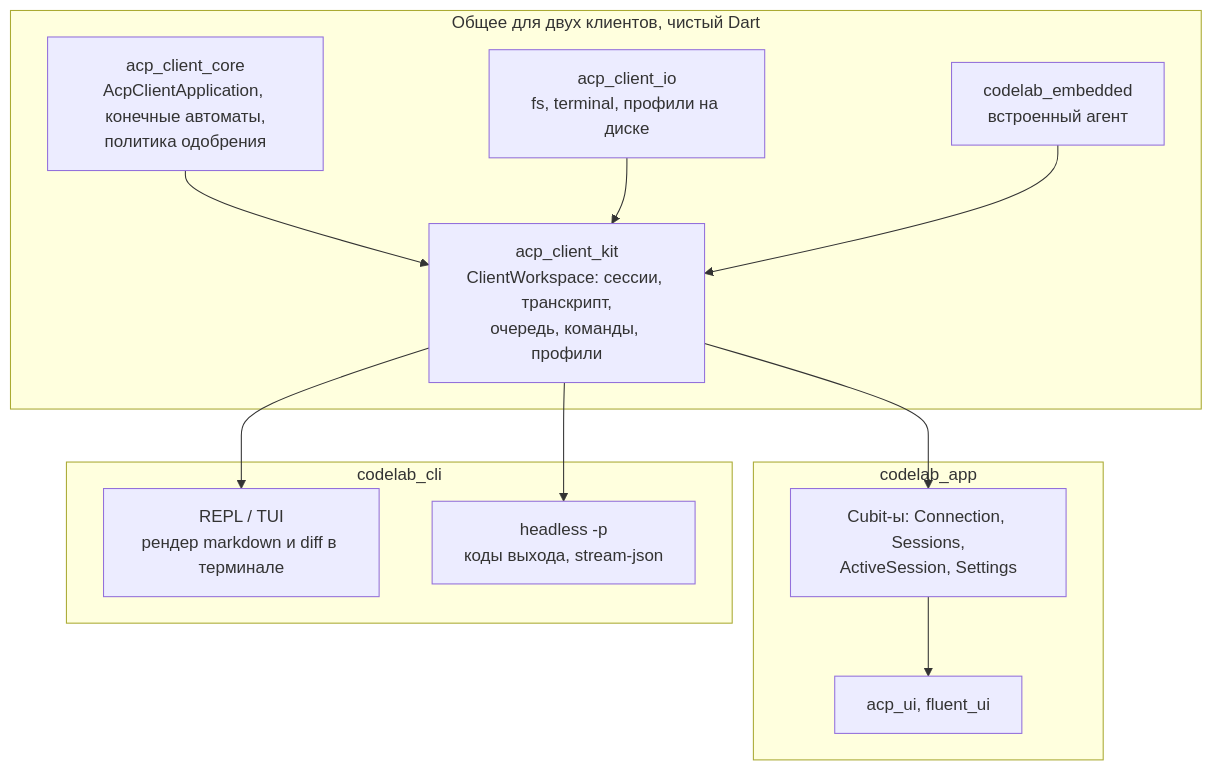
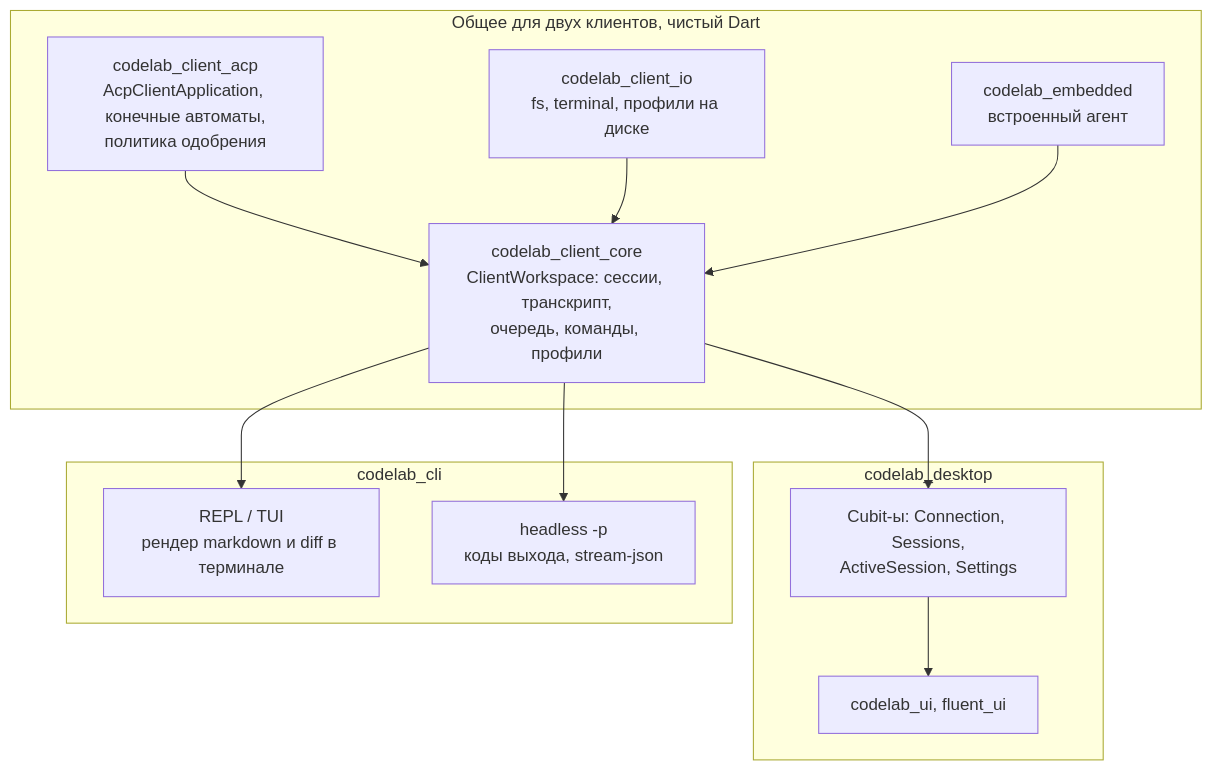
One commit to pese-git/codelab-app changed the second of 2 diagrams in docs/architecture/proposals/dart-agent-and-clients/04-target-architecture.md. Above: the diagram before and after it, drawn with Mermaid. The commit also changed other lines of this file and 608 other files, not shown here.

First line of the commit message:
refactor: переименовать пакеты по схеме codelab_<сторона>_<слой> (ADR-0002)

````diff
--- a/docs/architecture/proposals/dart-agent-and-clients/04-target-architecture.md
+++ b/docs/architecture/proposals/dart-agent-and-clients/04-target-architecture.md
@@ -182,27 +182,27 @@
 ```mermaid
 flowchart TB
     subgraph Common["Общее для двух клиентов, чистый Dart"]
-        CC["acp_client_core<br/>AcpClientApplication, конечные автоматы,<br/>политика одобрения"]
-        KIT["acp_client_kit<br/>ClientWorkspace: сессии, транскрипт,<br/>очередь, команды, профили"]
-        CIO["acp_client_io<br/>fs, terminal, профили на диске"]
+        CC["codelab_client_acp<br/>AcpClientApplication, конечные автоматы,<br/>политика одобрения"]
+        KIT["codelab_client_core<br/>ClientWorkspace: сессии, транскрипт,<br/>очередь, команды, профили"]
+        CIO["codelab_client_io<br/>fs, terminal, профили на диске"]
         EMB["codelab_embedded<br/>встроенный агент"]
     end
 
-    subgraph AppUI["codelab_app"]
+    subgraph AppUI["codelab_desktop"]
         CUB["Cubit-ы: Connection, Sessions,<br/>ActiveSession, Settings"]
-        WID["acp_ui, fluent_ui"]
+        WID["codelab_ui, fluent_ui"]
     end
 
     subgraph CliUI["codelab_cli"]
         REPL["REPL / TUI<br/>рендер markdown и diff в терминале"]
         HL["headless -p<br/>коды выхода, stream-json"]
     end
 
     CC --> KIT
     KIT --> CUB
     CUB --> WID
     KIT --> REPL
     KIT --> HL
     CIO --> KIT
     EMB --> KIT
 ```
````
